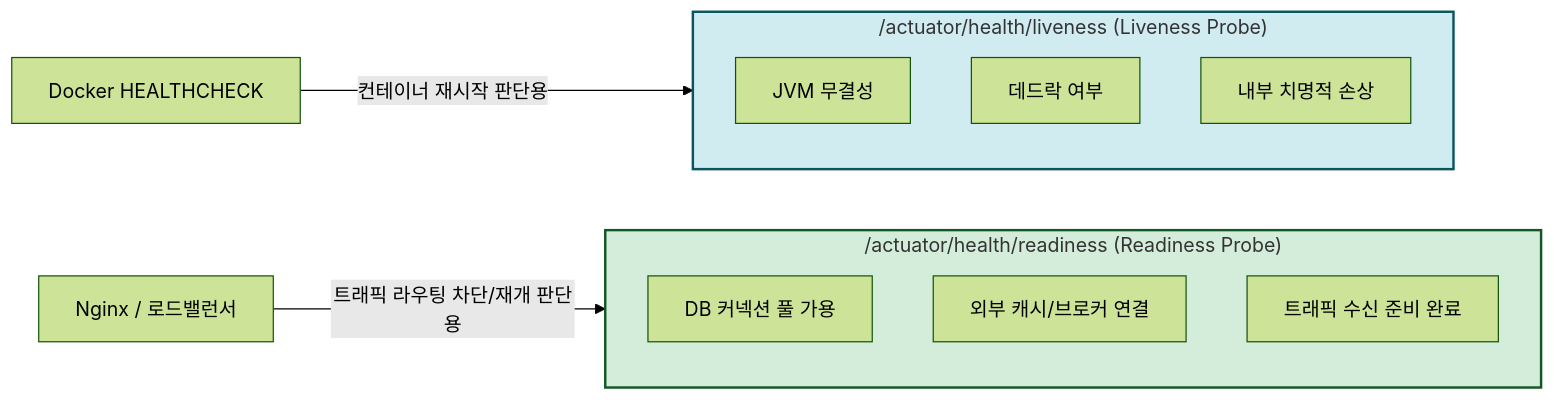
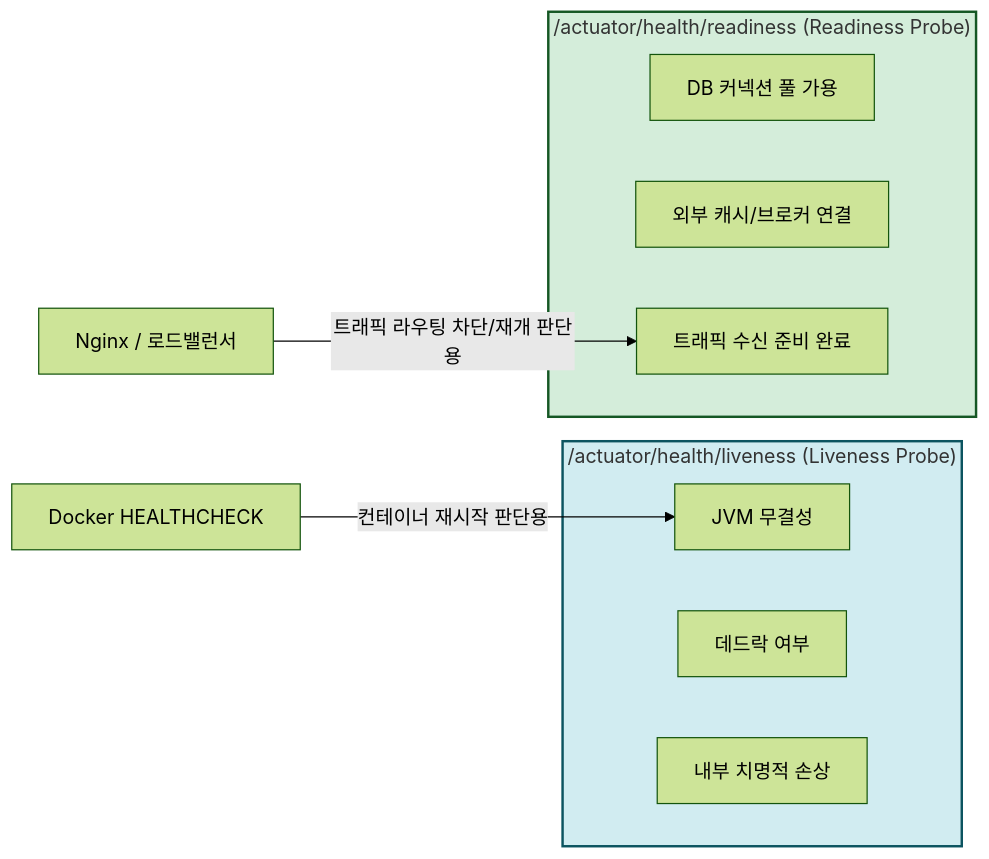
The third of 4 diagrams in _posts/Docker/Container/2026-06-14-docker-healthcheck-actuator-self-healing.md (cmsong111/blog), drawn with Mermaid (forest theme) before and after one commit. The commit also changed other lines of this file and 96 other files, not shown here.

````diff
--- a/_posts/Docker/Container/2026-06-14-docker-healthcheck-actuator-self-healing.md
+++ b/_posts/Docker/Container/2026-06-14-docker-healthcheck-actuator-self-healing.md
@@ -127,20 +124,17 @@
 ```mermaid
 flowchart LR
     subgraph Liveness["/actuator/health/liveness (Liveness Probe)"]
         L1["JVM 무결성"]
         L2["데드락 여부"]
         L3["내부 치명적 손상"]
     end
-
     subgraph Readiness["/actuator/health/readiness (Readiness Probe)"]
         R1["DB 커넥션 풀 가용"]
         R2["외부 캐시/브로커 연결"]
         R3["트래픽 수신 준비 완료"]
     end
-
-    DockerHC["Docker HEALTHCHECK"] -->|컨테이너 재시작 판단용| Liveness
-    Proxy["Nginx / 로드밸런서"] -->|트래픽 라우팅 차단/재개 판단용| Readiness
-
+    DockerHC["Docker HEALTHCHECK"] -->|"컨테이너 재시작 판단용"| L1
+    Proxy["Nginx / 로드밸런서"] -->|"트래픽 라우팅 차단/재개 판단용"| R3
     style Liveness fill:#d1ecf1,stroke:#0c5460,stroke-width:2px
     style Readiness fill:#d4edda,stroke:#155724,stroke-width:2px
 ```
````
